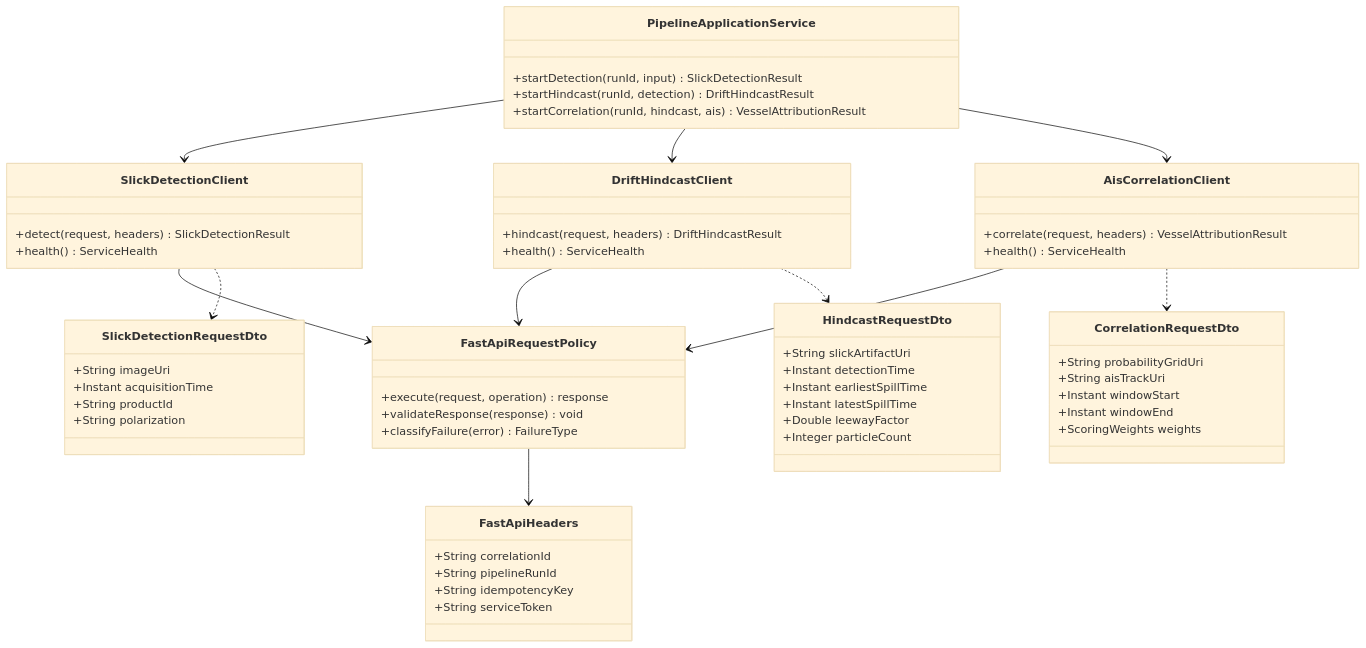
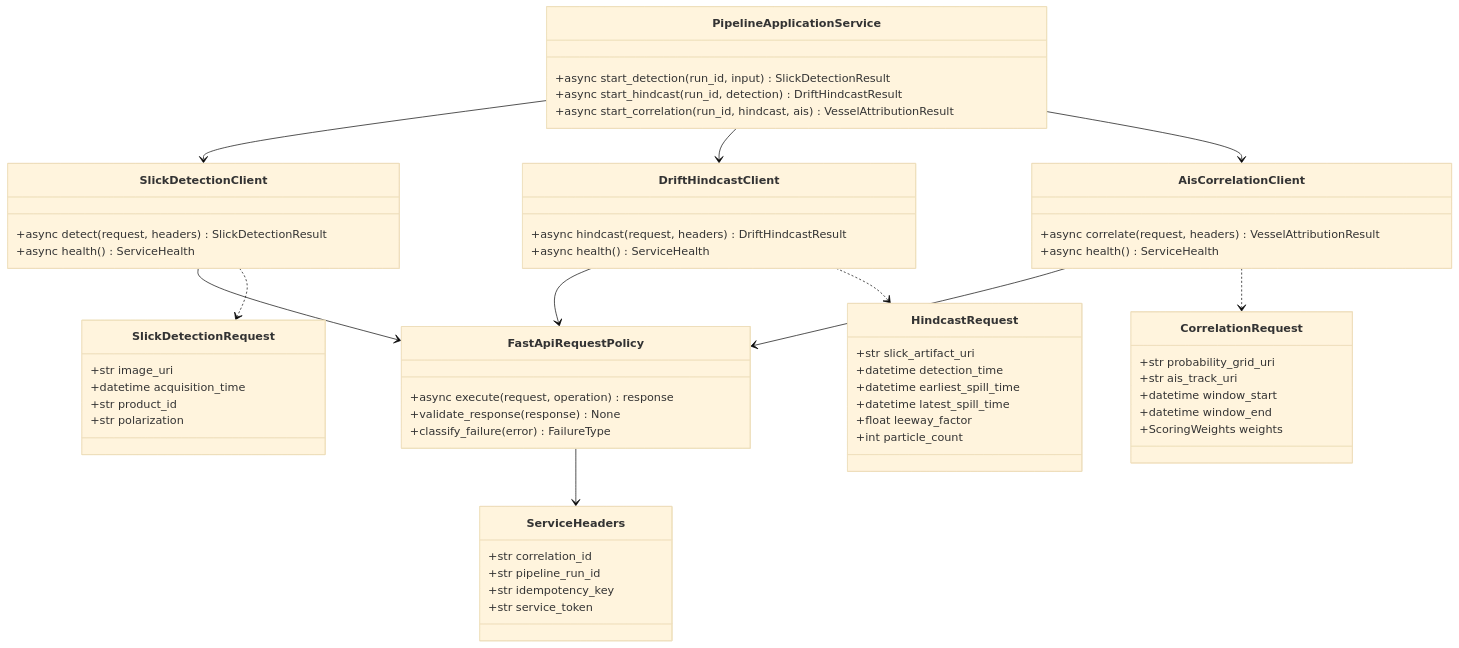
Before and after one commit to ankushkumar14092-dot/sih-architecture: diagram 14 of 25 in ai-ml-maritime-oil-spill-architecture.md, drawn with Mermaid (base theme). The commit also changed other lines of this file and 1 other file, not shown here.

Commit message:
Document FastAPI architecture and implementation plan

````diff
--- a/ai-ml-maritime-oil-spill-architecture.md
+++ b/ai-ml-maritime-oil-spill-architecture.md
@@ -905,63 +905,63 @@
 ```mermaid
 classDiagram
     class PipelineApplicationService {
-        +startDetection(runId, input) SlickDetectionResult
-        +startHindcast(runId, detection) DriftHindcastResult
-        +startCorrelation(runId, hindcast, ais) VesselAttributionResult
+        +async start_detection(run_id, input) SlickDetectionResult
+        +async start_hindcast(run_id, detection) DriftHindcastResult
+        +async start_correlation(run_id, hindcast, ais) VesselAttributionResult
     }
     class FastApiRequestPolicy {
-        +execute(request, operation) response
-        +validateResponse(response) void
-        +classifyFailure(error) FailureType
+        +async execute(request, operation) response
+        +validate_response(response) None
+        +classify_failure(error) FailureType
     }
     class SlickDetectionClient {
-        +detect(request, headers) SlickDetectionResult
-        +health() ServiceHealth
+        +async detect(request, headers) SlickDetectionResult
+        +async health() ServiceHealth
     }
     class DriftHindcastClient {
-        +hindcast(request, headers) DriftHindcastResult
-        +health() ServiceHealth
+        +async hindcast(request, headers) DriftHindcastResult
+        +async health() ServiceHealth
     }
     class AisCorrelationClient {
-        +correlate(request, headers) VesselAttributionResult
-        +health() ServiceHealth
+        +async correlate(request, headers) VesselAttributionResult
+        +async health() ServiceHealth
     }
-    class FastApiHeaders {
-        +String correlationId
-        +String pipelineRunId
-        +String idempotencyKey
-        +String serviceToken
+    class ServiceHeaders {
+        +str correlation_id
+        +str pipeline_run_id
+        +str idempotency_key
+        +str service_token
     }
-    class SlickDetectionRequestDto {
-        +String imageUri
-        +Instant acquisitionTime
-        +String productId
-        +String polarization
+    class SlickDetectionRequest {
+        +str image_uri
+        +datetime acquisition_time
+        +str product_id
+        +str polarization
     }
-    class HindcastRequestDto {
-        +String slickArtifactUri
-        +Instant detectionTime
-        +Instant earliestSpillTime
-        +Instant latestSpillTime
-        +Double leewayFactor
-        +Integer particleCount
+    class HindcastRequest {
+        +str slick_artifact_uri
+        +datetime detection_time
+        +datetime earliest_spill_time
+        +datetime latest_spill_time
+        +float leeway_factor
+        +int particle_count
     }
-    class CorrelationRequestDto {
-        +String probabilityGridUri
-        +String aisTrackUri
-        +Instant windowStart
-        +Instant windowEnd
+    class CorrelationRequest {
+        +str probability_grid_uri
+        +str ais_track_uri
+        +datetime window_start
+        +datetime window_end
         +ScoringWeights weights
     }
 
     PipelineApplicationService --> SlickDetectionClient
     PipelineApplicationService --> DriftHindcastClient
     PipelineApplicationService --> AisCorrelationClient
     SlickDetectionClient --> FastApiRequestPolicy
     DriftHindcastClient --> FastApiRequestPolicy
     AisCorrelationClient --> FastApiRequestPolicy
-    SlickDetectionClient ..> SlickDetectionRequestDto
-    DriftHindcastClient ..> HindcastRequestDto
-    AisCorrelationClient ..> CorrelationRequestDto
-    FastApiRequestPolicy --> FastApiHeaders
+    SlickDetectionClient ..> SlickDetectionRequest
+    DriftHindcastClient ..> HindcastRequest
+    AisCorrelationClient ..> CorrelationRequest
+    FastApiRequestPolicy --> ServiceHeaders
 ```
````
